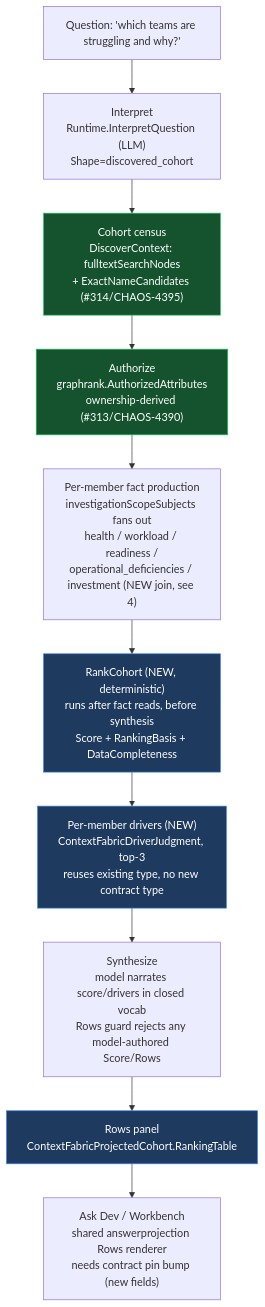
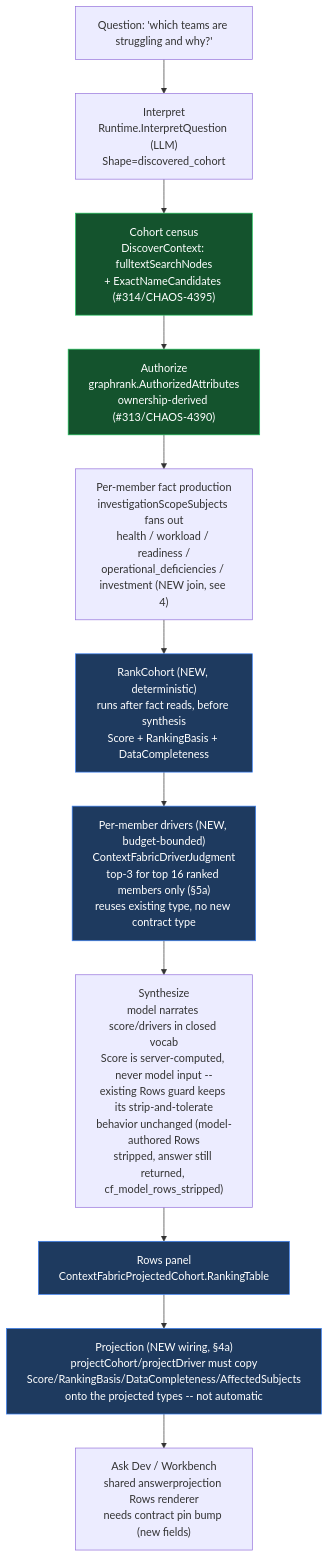
The first of 2 diagrams in docs/design/context-fabric-subject-model-and-cohort-answers.md (full-chaos/dev-health-acr), drawn with Mermaid before and after one commit. The commit also changed other lines of this file, not shown here.

Commit message:
docs: fix cohort design per codex review (driver budget, projection gap, category vocab, score normalization, zero-signal score, completeness ranges, mix-shift direction, project cohort status)

````diff
--- a/docs/design/context-fabric-subject-model-and-cohort-answers.md
+++ b/docs/design/context-fabric-subject-model-and-cohort-answers.md
@@ -99,18 +99,19 @@
 ```mermaid
 flowchart TD
   Q["Question: 'which teams are struggling and why?'"] --> INTERPRET["Interpret<br/>Runtime.InterpretQuestion (LLM)<br/>Shape=discovered_cohort"]
   INTERPRET --> CENSUS["Cohort census<br/>DiscoverContext: fulltextSearchNodes<br/>+ ExactNameCandidates (#314/CHAOS-4395)"]
   CENSUS --> AUTHZ["Authorize<br/>graphrank.AuthorizedAttributes<br/>ownership-derived (#313/CHAOS-4390)"]
   AUTHZ --> FACTS["Per-member fact production<br/>investigationScopeSubjects fans out<br/>health / workload / readiness /<br/>operational_deficiencies / investment (NEW join, see 4)"]
   FACTS --> RANK["RankCohort (NEW, deterministic)<br/>runs after fact reads, before synthesis<br/>Score + RankingBasis + DataCompleteness"]
-  RANK --> DRIVERS["Per-member drivers (NEW)<br/>ContextFabricDriverJudgment, top-3<br/>reuses existing type, no new contract type"]
-  DRIVERS --> SYNTH["Synthesize<br/>model narrates score/drivers in closed vocab<br/>Rows guard rejects any model-authored Score/Rows"]
+  RANK --> DRIVERS["Per-member drivers (NEW, budget-bounded)<br/>ContextFabricDriverJudgment<br/>top-3 for top 16 ranked members only (§5a)<br/>reuses existing type, no new contract type"]
+  DRIVERS --> SYNTH["Synthesize<br/>model narrates score/drivers in closed vocab<br/>Score is server-computed, never model input --<br/>existing Rows guard keeps its strip-and-tolerate<br/>behavior unchanged (model-authored Rows<br/>stripped, answer still returned, cf_model_rows_stripped)"]
   SYNTH --> ROWS["Rows panel<br/>ContextFabricProjectedCohort.RankingTable"]
-  ROWS --> ASKDEV["Ask Dev / Workbench<br/>shared answerprojection Rows renderer<br/>needs contract pin bump (new fields)"]
+  ROWS --> PROJECT["Projection (NEW wiring, §4a)<br/>projectCohort/projectDriver must copy<br/>Score/RankingBasis/DataCompleteness/AffectedSubjects<br/>onto the projected types -- not automatic"]
+  PROJECT --> ASKDEV["Ask Dev / Workbench<br/>shared answerprojection Rows renderer<br/>needs contract pin bump (new fields)"]
 
   classDef gap fill:#78350f,stroke:#f59e0b,color:#ffffff
   classDef fixed fill:#14532d,stroke:#22c55e,color:#ffffff
   classDef newnode fill:#1e3a5f,stroke:#3b82f6,color:#ffffff
   class CENSUS,AUTHZ fixed
-  class RANK,DRIVERS,ROWS newnode
+  class RANK,DRIVERS,ROWS,PROJECT newnode
 ```
````
